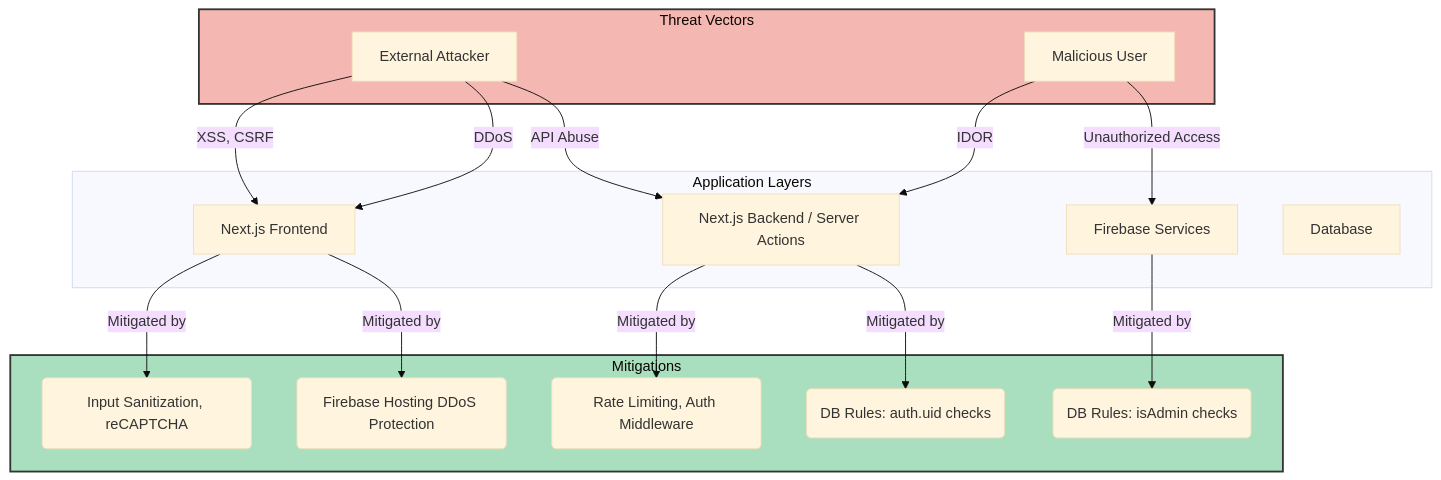
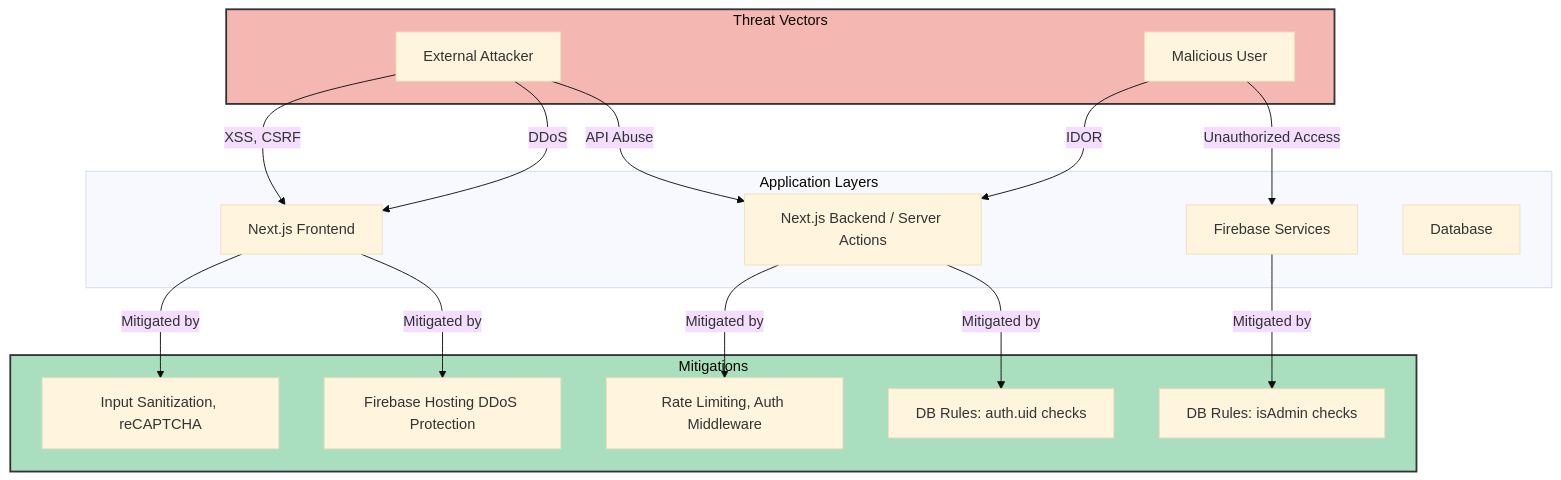
The fourth of 7 diagrams in src/markdown_files/VISUAL_FRAMEWORK.md (Kmaina32/Ubuntu-Academy-), drawn with Mermaid (base theme) before and after one commit. The commit also changed other lines of this file, not shown here.

````diff
--- a/src/markdown_files/VISUAL_FRAMEWORK.md
+++ b/src/markdown_files/VISUAL_FRAMEWORK.md
@@ -120,37 +120,37 @@
 ```mermaid
 graph TD
     subgraph THREATS ["Threat Vectors"]
         A["External Attacker"]
         B["Malicious User"]
     end
     
     subgraph LAYERS ["Application Layers"]
         C["Next.js Frontend"]
         D["Next.js Backend / Server Actions"]
         E["Firebase Services"]
         F["Database"]
     end
     
     A -->|"XSS, CSRF"| C
-    A -->|DDoS| C
+    A -->|"DDoS"| C
     A -->|"API Abuse"| D
-    B -->|IDOR| D
+    B -->|"IDOR"| D
     B -->|"Unauthorized Access"| E
     
     subgraph MITIGATIONS ["Mitigations"]
-        M1("Input Sanitization, reCAPTCHA")
-        M2("Firebase Hosting DDoS Protection")
-        M3("Rate Limiting, Auth Middleware")
-        M4("DB Rules: auth.uid checks")
-        M5("DB Rules: isAdmin checks")
+        M1["Input Sanitization, reCAPTCHA"]
+        M2["Firebase Hosting DDoS Protection"]
+        M3["Rate Limiting, Auth Middleware"]
+        M4["DB Rules: auth.uid checks"]
+        M5["DB Rules: isAdmin checks"]
     end
     
     C -- "Mitigated by" --> M1
     C -- "Mitigated by" --> M2
     D -- "Mitigated by" --> M3
     D -- "Mitigated by" --> M4
     E -- "Mitigated by" --> M5
     
     style THREATS fill:#F5B7B1,stroke:#333,stroke-width:2px
     style MITIGATIONS fill:#A9DFBF,stroke:#333,stroke-width:2px
 ```
````
